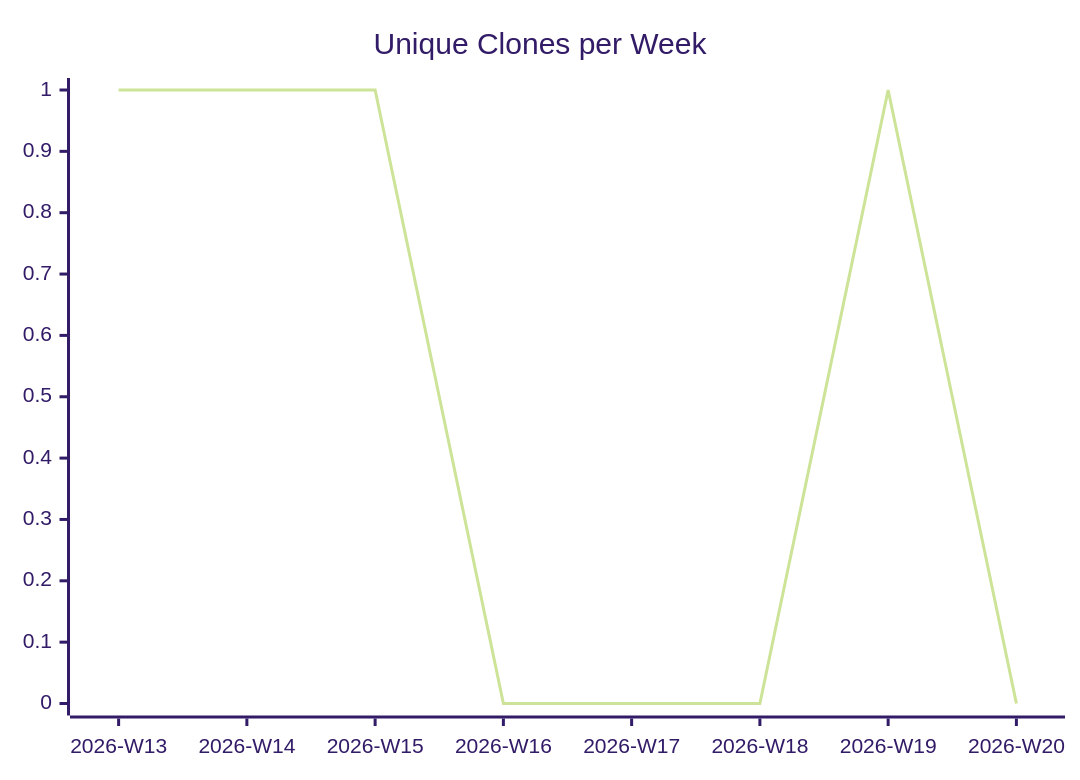
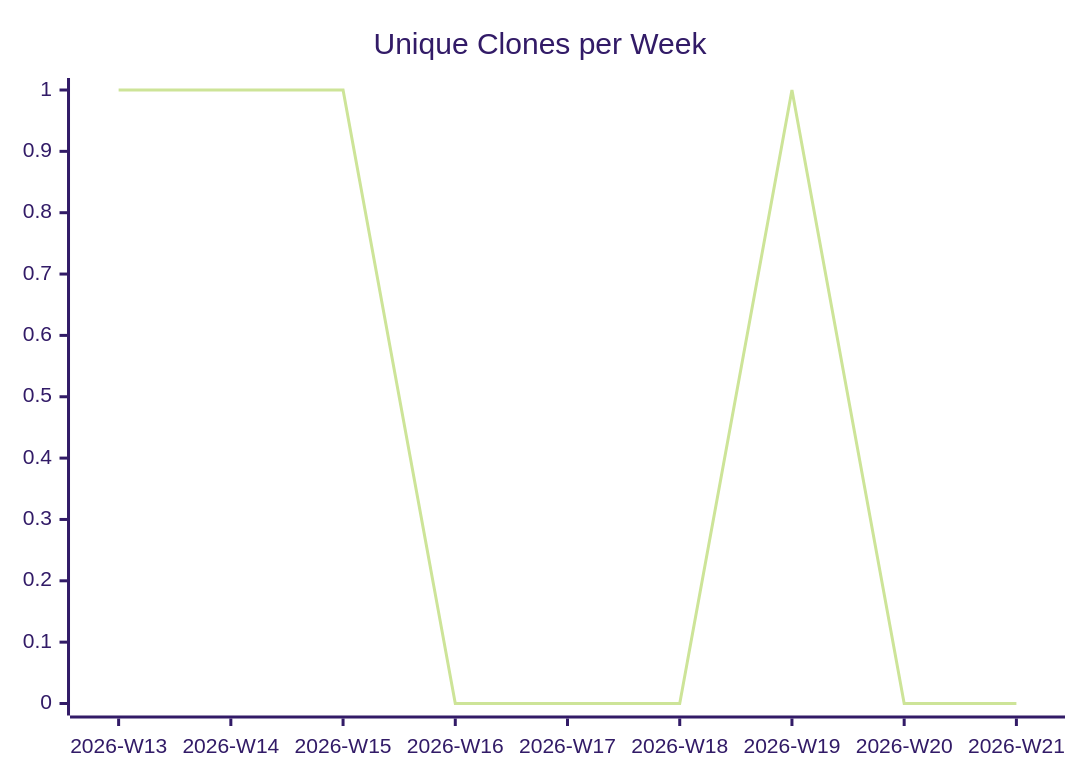
One commit to justdavis-family/github-analytics-data changed the third of 3 diagrams in karlmdavis/ansible-roles/README.md. Above: the diagram before and after it, drawn with Mermaid (forest theme). The commit also changed other lines of this file and 189 other files, not shown here.

````diff
--- a/karlmdavis/ansible-roles/README.md
+++ b/karlmdavis/ansible-roles/README.md
@@ -19,6 +19,6 @@
 ```mermaid
 xychart-beta
   title "Unique Clones per Week"
-  x-axis ["2026-W13", "2026-W14", "2026-W15", "2026-W16", "2026-W17", "2026-W18", "2026-W19", "2026-W20"]
-  line [1, 1, 1, 0, 0, 0, 1, 0]
+  x-axis ["2026-W13", "2026-W14", "2026-W15", "2026-W16", "2026-W17", "2026-W18", "2026-W19", "2026-W20", "2026-W21"]
+  line [1, 1, 1, 0, 0, 0, 1, 0, 0]
 ```
````
